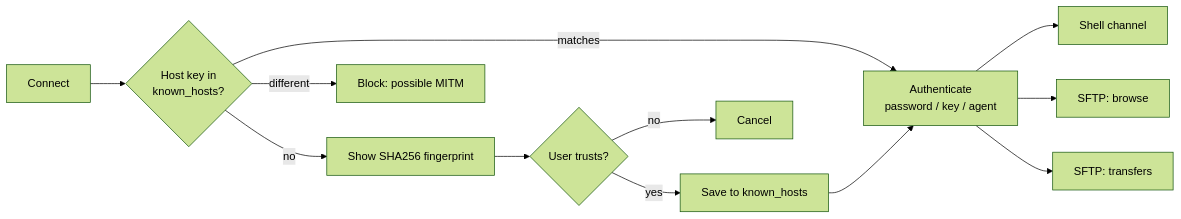
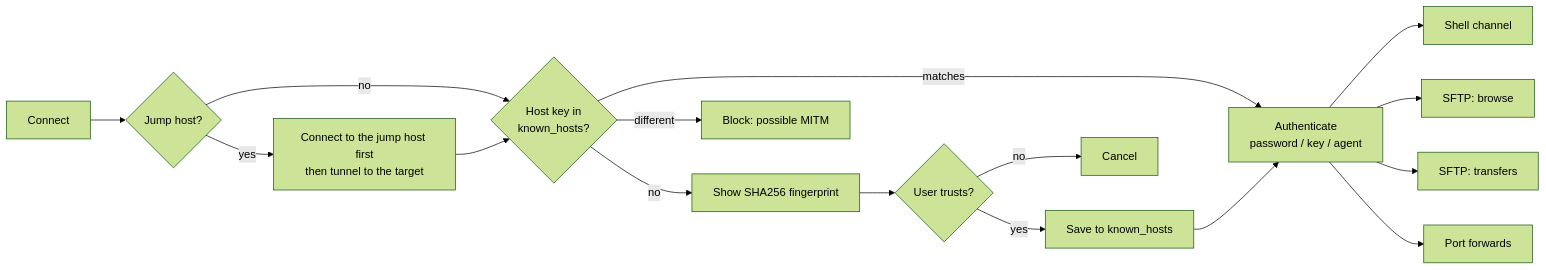
The first of 2 diagrams in README.md (seunghunjun/JeopsokHeyou), drawn with Mermaid (forest theme) before and after one commit. The commit also changed other lines of this file and 13 other files, not shown here.

````diff
--- a/README.md
+++ b/README.md
@@ -152,10 +174,13 @@
 ```mermaid
 flowchart LR
-    A[Connect] --> B{Host key in<br/>known_hosts?}
+    A[Connect] --> J{Jump host?}
+    J -- "yes" --> K[Connect to the jump host first<br/>then tunnel to the target]
+    J -- "no" --> B
+    K --> B{Host key in<br/>known_hosts?}
     B -- "no" --> C[Show SHA256 fingerprint] --> D{User trusts?}
     D -- "yes" --> E[Save to known_hosts]
     D -- "no" --> X[Cancel]
     B -- "matches" --> F[Authenticate<br/>password / key / agent]
     B -- "different" --> Y[Block: possible MITM]
-    E --> F --> G[Shell channel] & H[SFTP: browse] & I[SFTP: transfers]
+    E --> F --> G[Shell channel] & H[SFTP: browse] & I[SFTP: transfers] & P[Port forwards]
 ```
````
